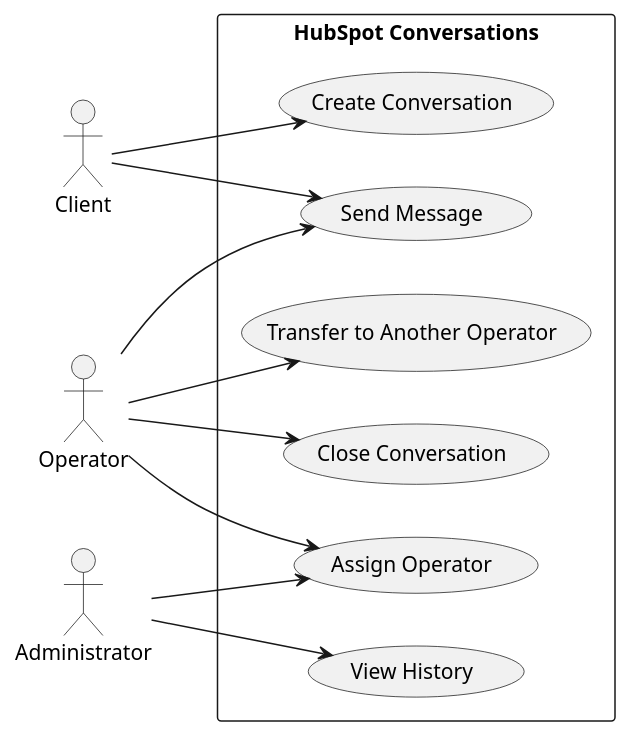
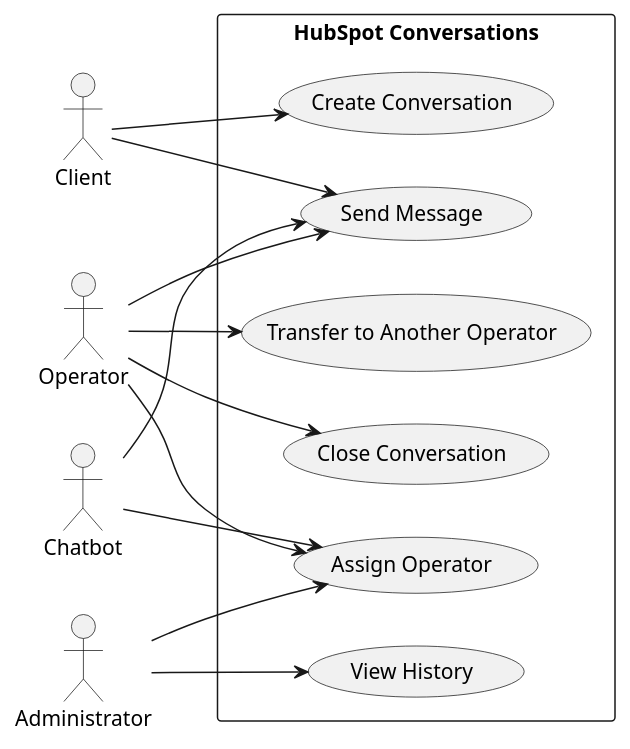
One commit to Kapitoshka-a/software_documentation changed the diagram in lab_1/use_case_diagram.puml. Above: the diagram before and after it, drawn with PlantUML. The commit also changed 12 other files, not shown here.

```diff
--- a/lab_1/use_case_diagram.puml
+++ b/lab_1/use_case_diagram.puml
@@ -1,24 +1,27 @@
 @startuml
 left to right direction
 actor "Client" as Client
+actor "Chatbot" as Bot
 actor "Operator" as Operator
 actor "Administrator" as Admin
 
 rectangle "HubSpot Conversations" {
   usecase "Create Conversation" as UC1
   usecase "Send Message" as UC2
   usecase "Assign Operator" as UC3
   usecase "Transfer to Another Operator" as UC4
   usecase "Close Conversation" as UC5
   usecase "View History" as UC6
 }
 
 Client --> UC1
 Client --> UC2
+Bot --> UC2
+Bot --> UC3
 Operator --> UC2
 Operator --> UC3
 Operator --> UC4
 Operator --> UC5
 Admin --> UC3
 Admin --> UC6
 @enduml
```
